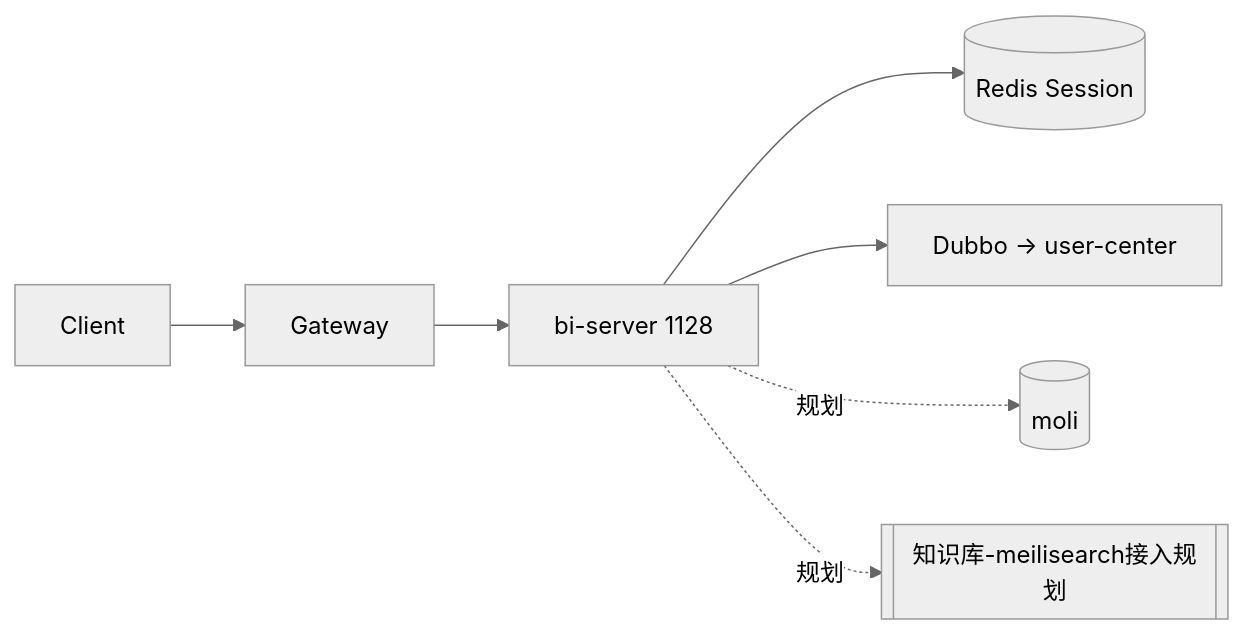
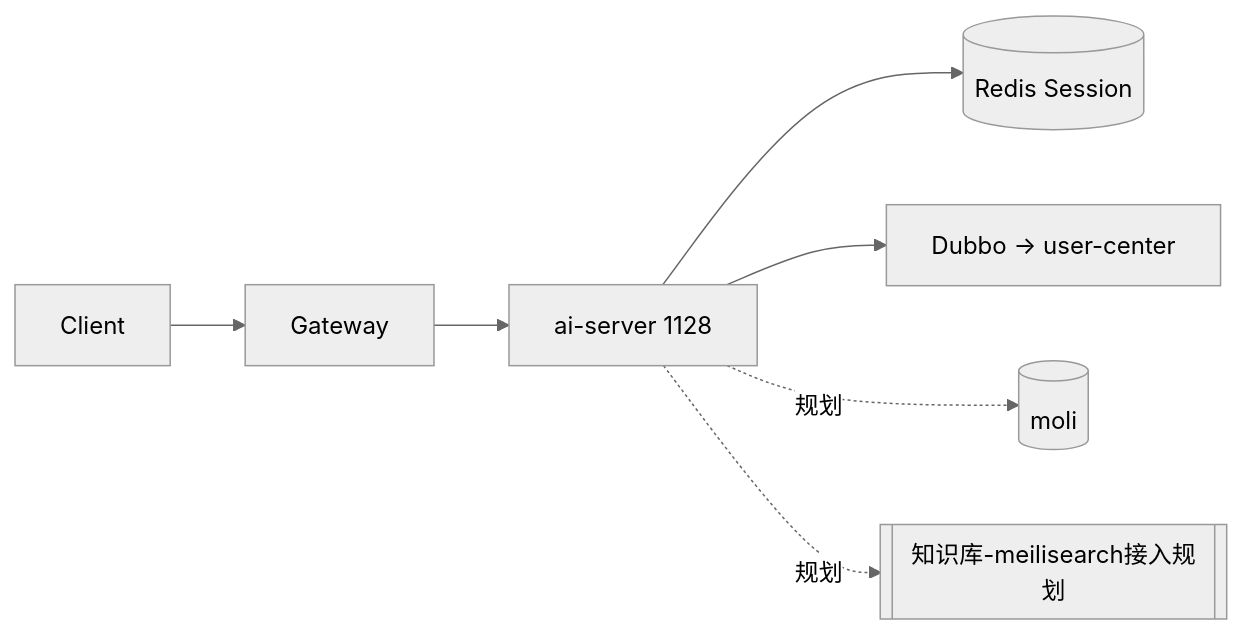
Before and after one commit to wujinsen/moli-project-distribute: the diagram in moli-knowledge/kb/wiki-moli/develop/bi服务.md, drawn with Mermaid (neutral theme). The commit also changed other lines of this file and 95 other files, not shown here.

````diff
--- a/moli-knowledge/kb/wiki-moli/develop/bi服务.md
+++ b/moli-knowledge/kb/wiki-moli/develop/bi服务.md
@@ -59,9 +59,9 @@
 ```mermaid
 flowchart LR
   Client --> GW[Gateway]
-  GW --> BI[bi-server 1128]
+  GW --> BI[ai-server 1128]
   BI --> Redis[(Redis Session)]
   BI --> Dubbo[Dubbo → user-center]
   BI -.->|规划| MySQL[(moli)]
   BI -.->|规划| ES[[知识库-meilisearch接入规划]]
 ```
````
